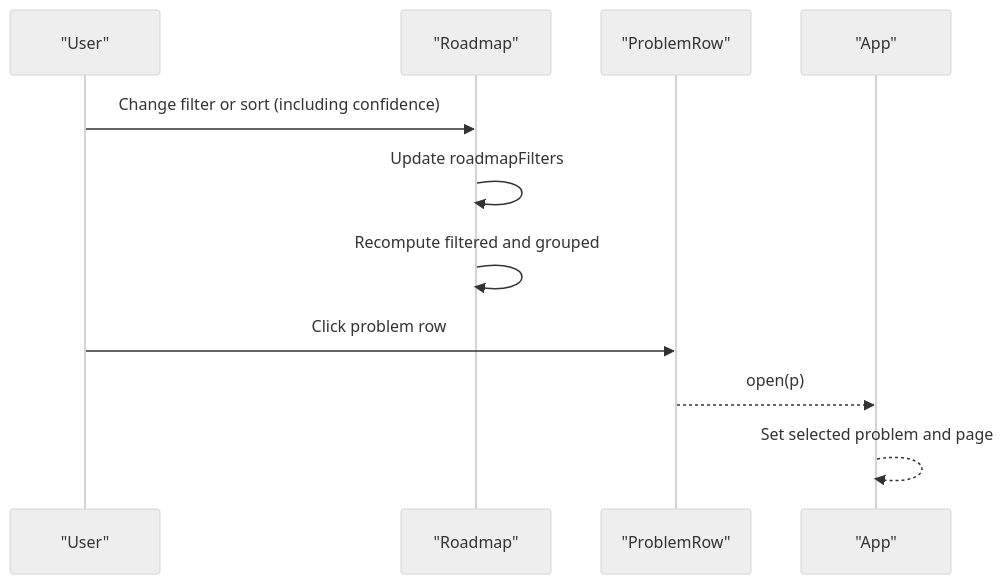
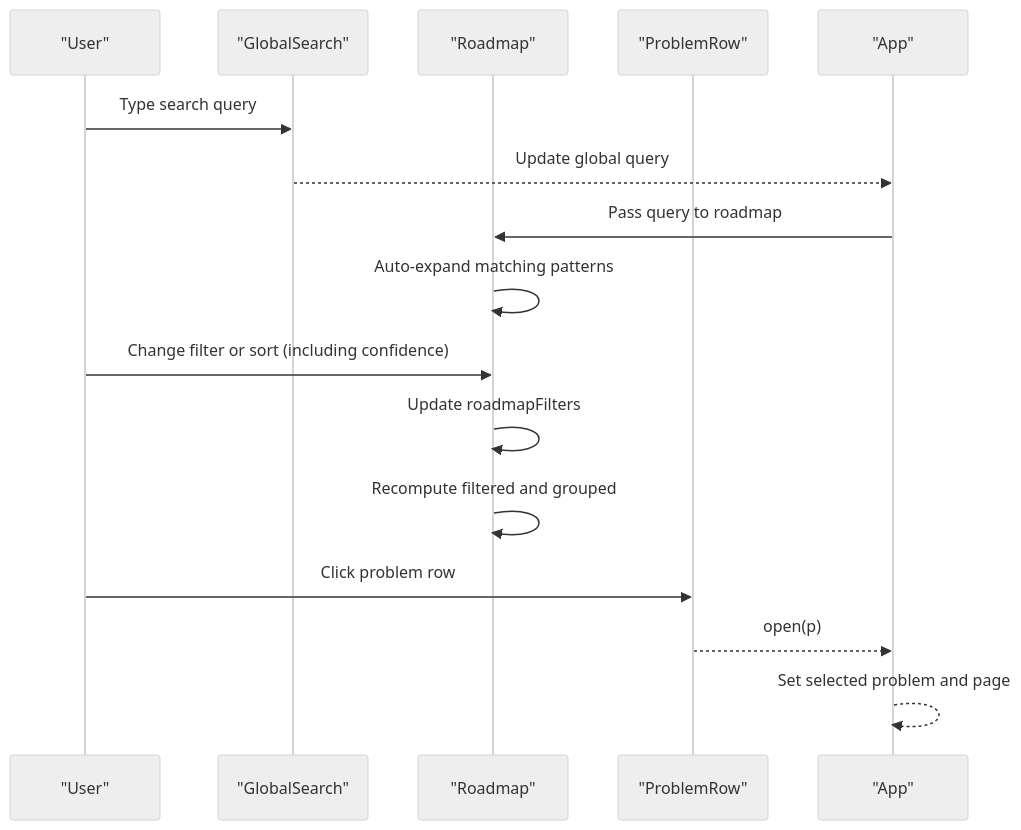
Before and after one commit to iamrituraj/DSA-Tracker: the eighth of 10 diagrams in .qoder/repowiki/en/content/Frontend Application/Roadmap Component.md, drawn with Mermaid (neutral theme). The commit also changed other lines of this file and 8 other files, not shown here.

````diff
--- a/.qoder/repowiki/en/content/Frontend Application/Roadmap Component.md
+++ b/.qoder/repowiki/en/content/Frontend Application/Roadmap Component.md
@@ -249,13 +297,18 @@
 ```mermaid
 sequenceDiagram
 participant U as "User"
+participant GS as "GlobalSearch"
 participant RM as "Roadmap"
 participant PR as "ProblemRow"
 participant App as "App"
+U->>GS : Type search query
+GS-->>App : Update global query
+App->>RM : Pass query to roadmap
+RM->>RM : Auto-expand matching patterns
 U->>RM : Change filter or sort (including confidence)
 RM->>RM : Update roadmapFilters
 RM->>RM : Recompute filtered and grouped
 U->>PR : Click problem row
 PR-->>App : open(p)
 App-->>App : Set selected problem and page
 ```
````
